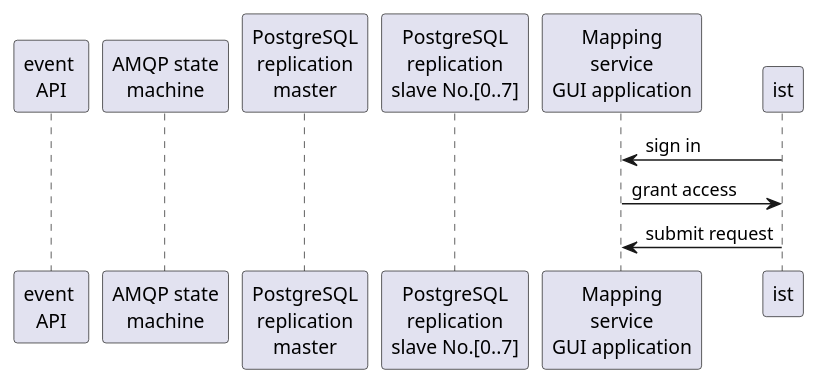
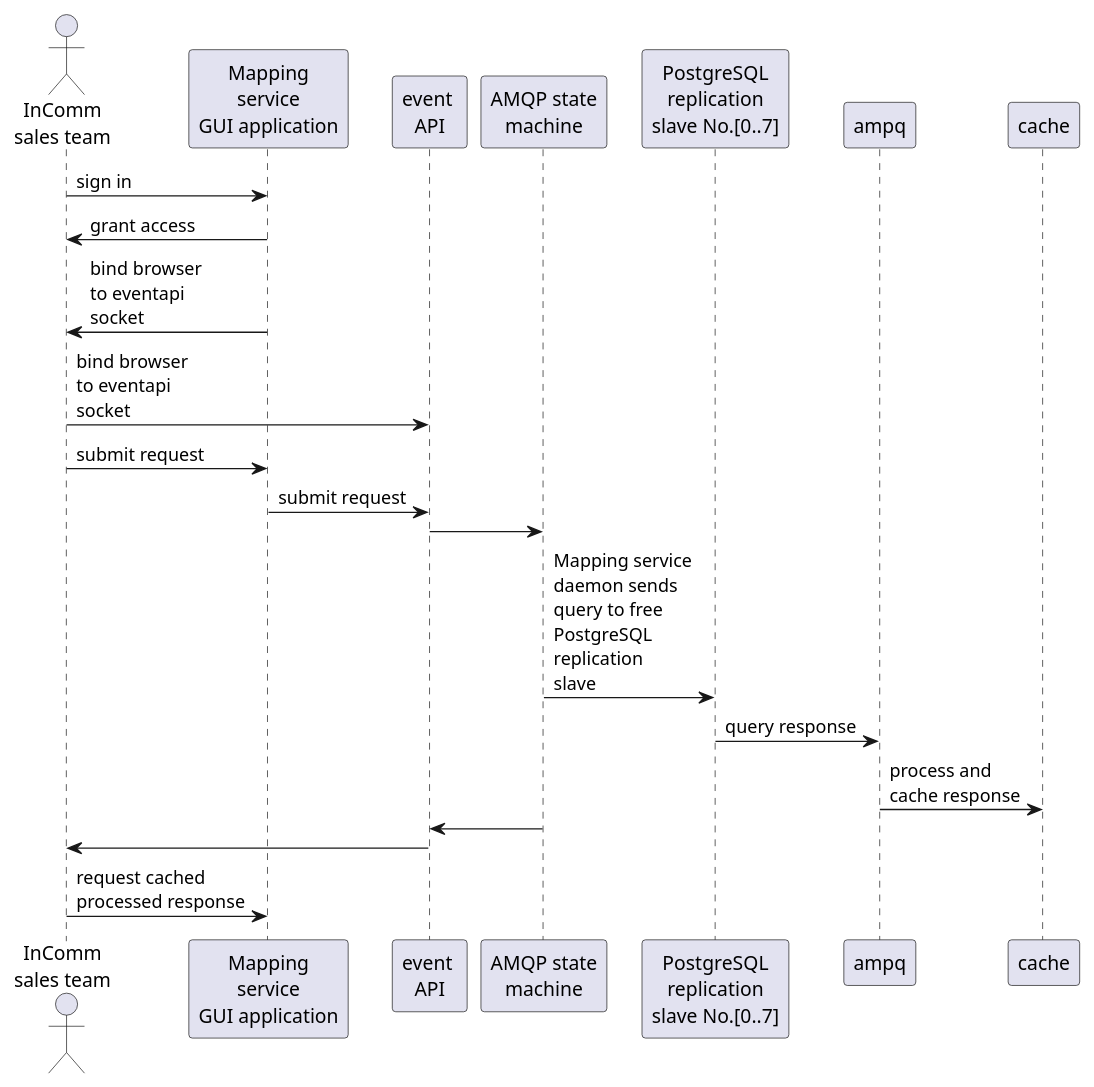
One commit to PapevisO/1Hg5IooAWCmCGQu04cXAuevjFTeV6tdikA9oQmbwfD5k changed the third of 3 diagrams in diagram.puml. Above: the diagram before and after it, drawn with PlantUML.

Commit message:
proceed to mapping service

```diff
--- a/diagram.puml
+++ b/diagram.puml
@@ -40,14 +40,23 @@
 @startuml
 
+actor "InComm\nsales team" as ist
+participant "Mapping\nservice\nGUI application" as msapp
 participant "event \nAPI" as eapi
 participant "AMQP state\nmachine" as amqp
-participant "PostgreSQL\nreplication\nmaster" as pgm
 participant "PostgreSQL\nreplication\nslave No.[0..7]" as pgs
-
-participant "Mapping\nservice\nGUI application" as msapp
 
 ist -> msapp: sign in
 msapp -> ist: grant access
+msapp -> ist: bind browser\nto eventapi\nsocket
+ist -> eapi: bind browser\nto eventapi\nsocket
 ist -> msapp: submit request
+msapp -> eapi: submit request
+eapi -> amqp
+amqp -> pgs: Mapping service\ndaemon sends\nquery to free\nPostgreSQL\nreplication\nslave
+pgs -> ampq: query response
+ampq -> cache: process and\ncache response
+amqp -> eapi
+eapi -> ist
+ist -> msapp: request cached\nprocessed response
 
 @enduml
```
